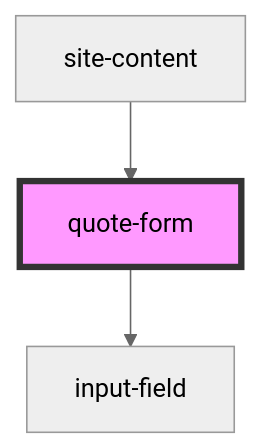
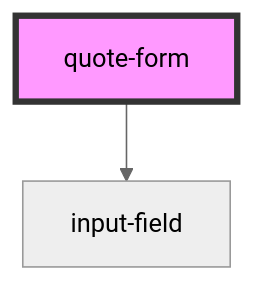
One commit to eflintdev/nx-assurance-code changed the diagram in apps/frontend-stenciljs/src/components/quote-form/readme.md. Above: the diagram before and after it, drawn with Mermaid (neutral theme). The commit also changed other lines of this file and 21 other files, not shown here.

````diff
--- a/apps/frontend-stenciljs/src/components/quote-form/readme.md
+++ b/apps/frontend-stenciljs/src/components/quote-form/readme.md
@@ -31,6 +40,5 @@
 ```mermaid
 graph TD;
   quote-form --> input-field
-  site-content --> quote-form
   style quote-form fill:#f9f,stroke:#333,stroke-width:4px
 ```
````
